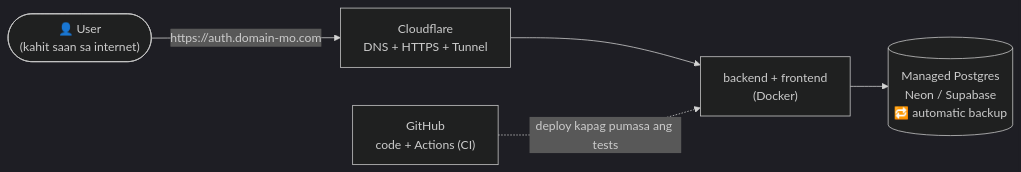
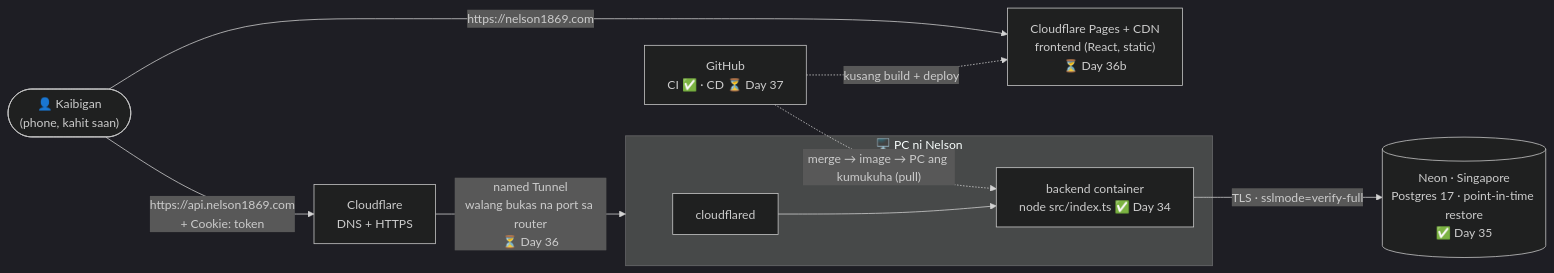
The third of 3 diagrams in docs/diagrams/00-architecture.md (nelson1869-ai/auth-learning), drawn with Mermaid (dark theme) before and after one commit. The commit also changed other lines of this file and 6 other files, not shown here.

First line of the commit message:
docs: sync docs after Day 35 — README state, deploy diagram, Neon, AGENTS

````diff
--- a/docs/diagrams/00-architecture.md
+++ b/docs/diagrams/00-architecture.md
@@ -81,8 +83,12 @@
 ```mermaid
 flowchart LR
-    User(["👤 User<br/>(kahit saan sa internet)"]) -->|"https://auth.domain-mo.com"| CF["Cloudflare<br/>DNS + HTTPS + Tunnel"]
-    CF --> App["backend + frontend<br/>(Docker)"]
-    App --> Neon[("Managed Postgres<br/>Neon / Supabase<br/>🔁 automatic backup")]
-
-    GH["GitHub<br/>code + Actions (CI)"] -.->|"deploy kapag pumasa ang tests"| App
+    User(["👤 Kaibigan<br/>(phone, kahit saan)"]) -->|"https://nelson1869.com"| Pages["Cloudflare Pages + CDN<br/>frontend (React, static)<br/>⏳ Day 36b"]
+    User -->|"https://api.nelson1869.com<br/>+ Cookie: token"| Edge["Cloudflare<br/>DNS + HTTPS"]
+    Edge -->|"named Tunnel<br/>walang bukas na port sa router<br/>⏳ Day 36"| PC
+    subgraph PC["🖥️ PC ni Nelson"]
+        CFD["cloudflared"] --> BE["backend container<br/>node src/index.ts ✅ Day 34"]
+    end
+    BE -->|"TLS · sslmode=verify-full"| Neon[("Neon · Singapore<br/>Postgres 17 · point-in-time restore<br/>✅ Day 35")]
+    GH["GitHub<br/>CI ✅ · CD ⏳ Day 37"] -.->|"merge → image → PC ang kumukuha (pull)"| BE
+    GH -.->|"kusang build + deploy"| Pages
 ```
````
